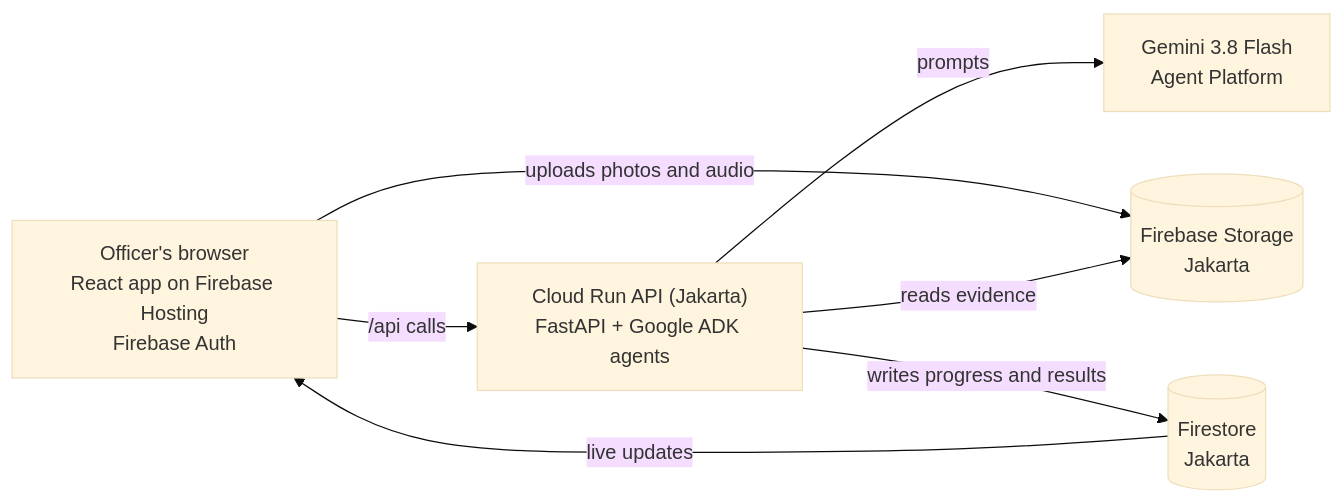
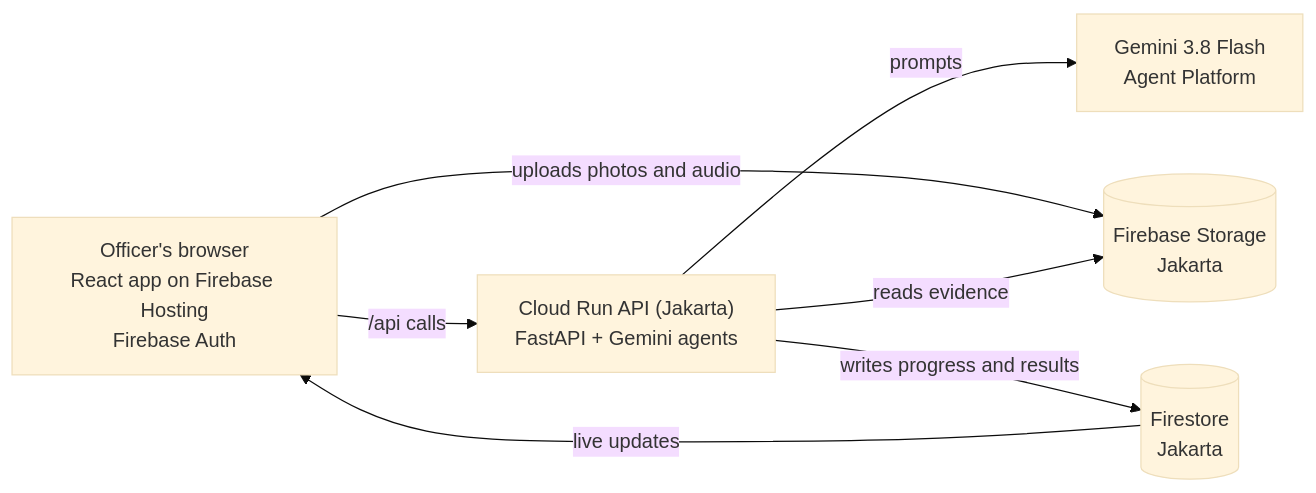
The first of 2 diagrams in README.md (aeoncyr/ledgerlens), drawn with Mermaid (base theme) before and after one commit. The commit also changed other lines of this file, not shown here.

````diff
--- a/README.md
+++ b/README.md
@@ -110,9 +110,9 @@
 ```mermaid
 flowchart LR
-    B["Officer's browser<br/>React app on Firebase Hosting<br/>Firebase Auth"] -- "/api calls" --> R["Cloud Run API (Jakarta)<br/>FastAPI + Google ADK agents"]
+    B["Officer's browser<br/>React app on Firebase Hosting<br/>Firebase Auth"] -- "/api calls" --> R["Cloud Run API (Jakarta)<br/>FastAPI + Gemini agents"]
     R -- prompts --> G["Gemini 3.8 Flash<br/>Agent Platform"]
     B -- "uploads photos and audio" --> S[("Firebase Storage<br/>Jakarta")]
     R -- "reads evidence" --> S
     R -- "writes progress and results" --> F[("Firestore<br/>Jakarta")]
     F -- "live updates" --> B
 ```
````
